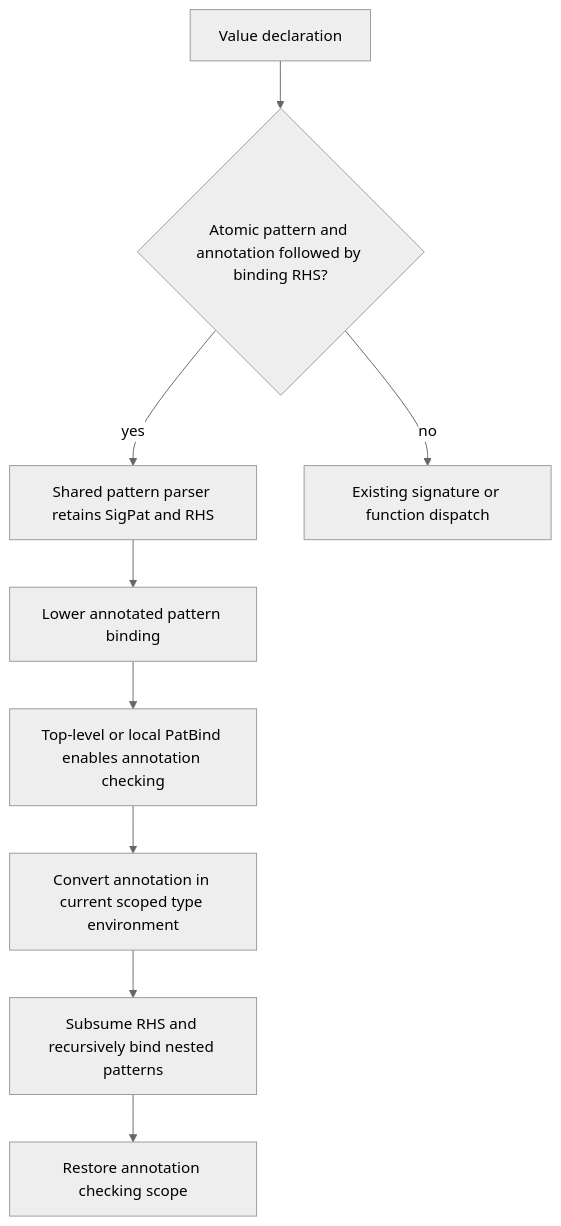
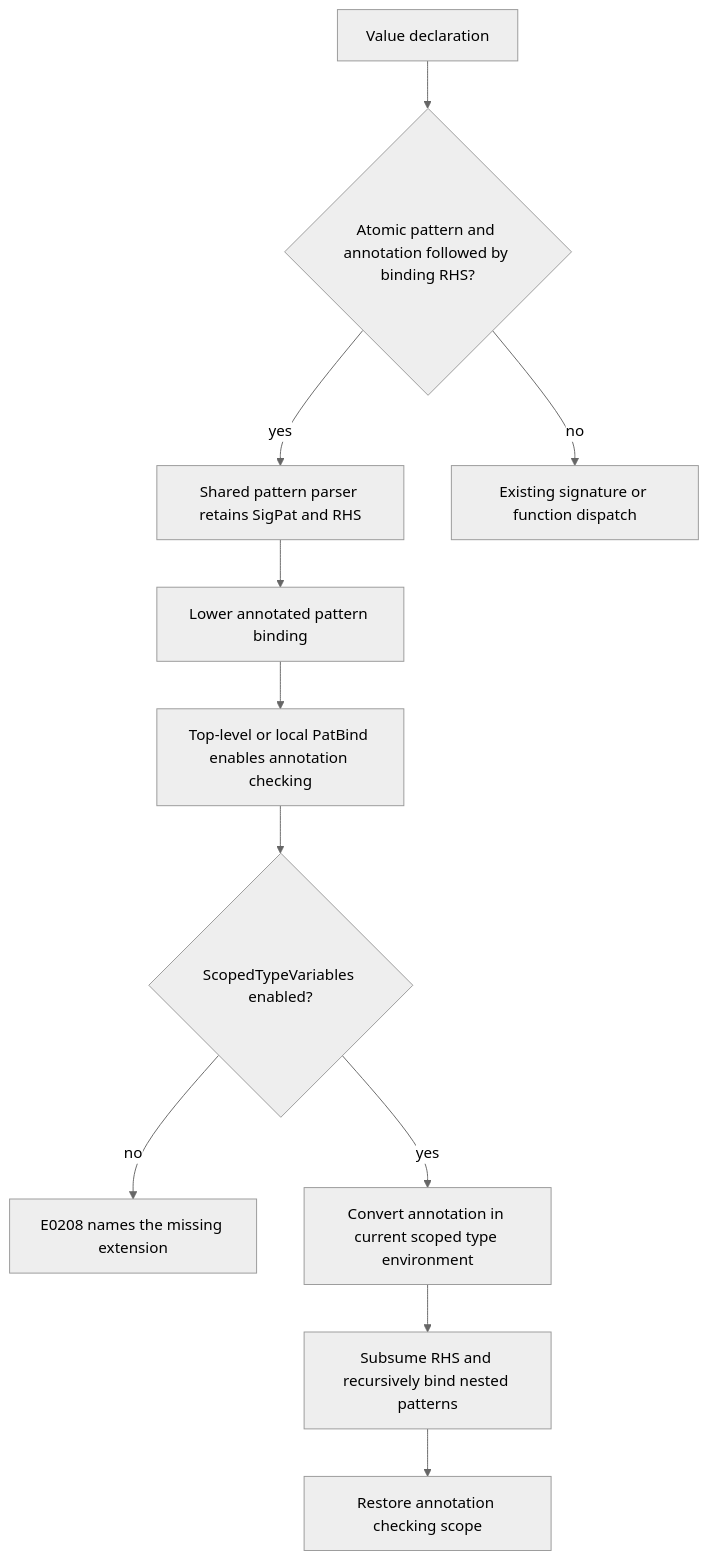
Before and after one commit to loveJesus/haskelujah-chirho: the seventh of 7 diagrams in spec-chirho/workflows-chirho/language-features-chirho/pattern-matching-chirho.md, drawn with Mermaid (neutral theme). The commit also changed other lines of this file and 3 other files, not shown here.

````diff
--- a/spec-chirho/workflows-chirho/language-features-chirho/pattern-matching-chirho.md
+++ b/spec-chirho/workflows-chirho/language-features-chirho/pattern-matching-chirho.md
@@ -347,11 +347,13 @@
 ```mermaid
 flowchart TD
     start_chirho[Value declaration] --> look_chirho{Atomic pattern and annotation followed by binding RHS?}
     look_chirho -- yes --> pattern_chirho[Shared pattern parser retains SigPat and RHS]
     look_chirho -- no --> signature_chirho[Existing signature or function dispatch]
     pattern_chirho --> lower_chirho[Lower annotated pattern binding]
     lower_chirho --> scope_chirho[Top-level or local PatBind enables annotation checking]
-    scope_chirho --> annotation_chirho[Convert annotation in current scoped type environment]
+    scope_chirho --> license_chirho{ScopedTypeVariables enabled?}
+    license_chirho -- no --> extension_error_chirho[E0208 names the missing extension]
+    license_chirho -- yes --> annotation_chirho[Convert annotation in current scoped type environment]
     annotation_chirho --> check_chirho[Subsume RHS and recursively bind nested patterns]
     check_chirho --> restore_chirho[Restore annotation checking scope]
 ```
````
